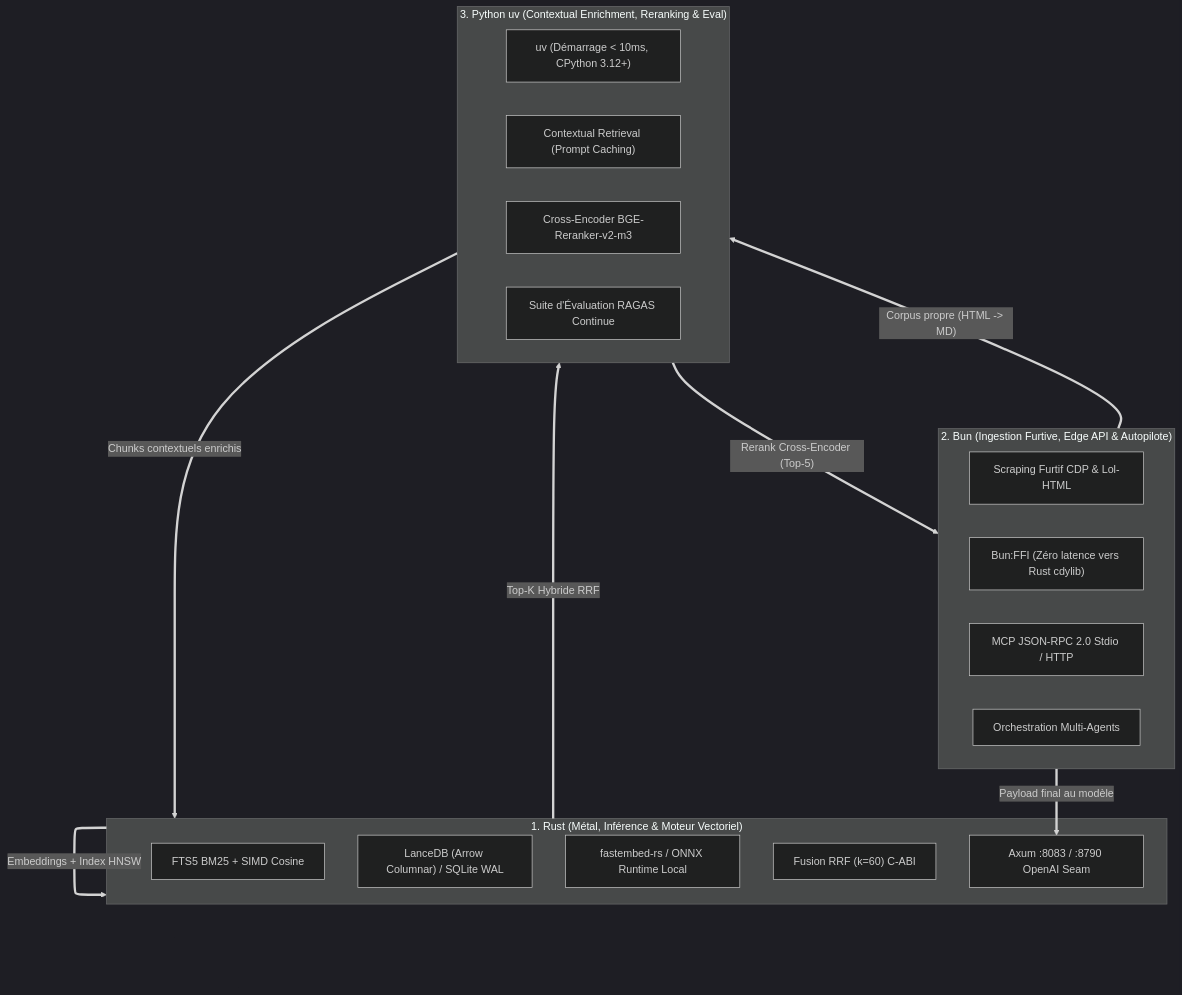
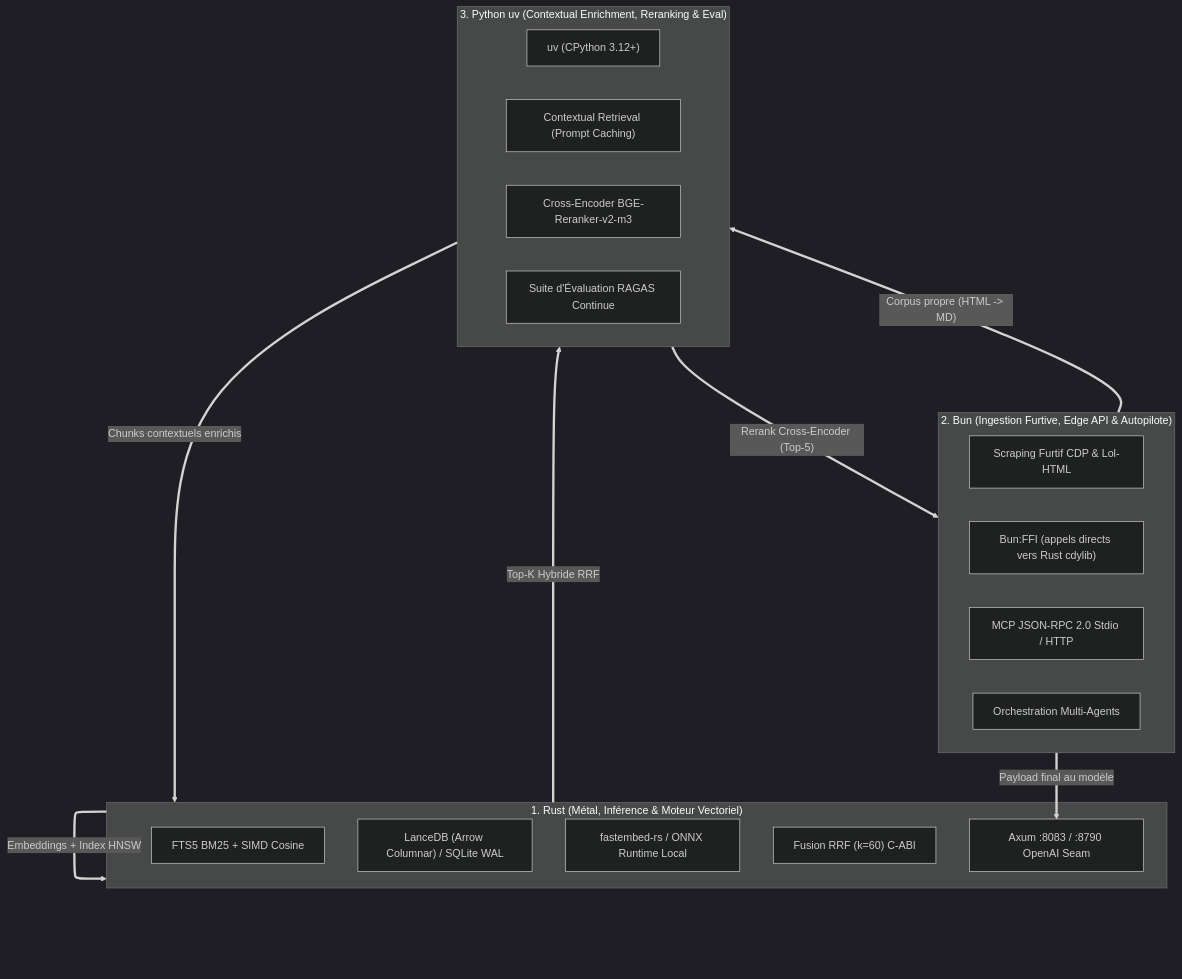
Before and after one commit to aphrody-labs/bun-distribution: the first of 2 diagrams in docs/reference/ai/RAG-STACK-2026-UNIFIED.md, drawn with Mermaid (dark theme). The commit also changed other lines of this file and 54 other files, not shown here.

````diff
--- a/docs/reference/ai/RAG-STACK-2026-UNIFIED.md
+++ b/docs/reference/ai/RAG-STACK-2026-UNIFIED.md
@@ -12,31 +12,31 @@
 ```mermaid
 flowchart TD
     subgraph RUST ["1. Rust (Métal, Inférence & Moteur Vectoriel)"]
         FTS["FTS5 BM25 + SIMD Cosine"]
         Lance["LanceDB (Arrow Columnar) / SQLite WAL"]
         FastEmbed["fastembed-rs / ONNX Runtime Local"]
         RRF["Fusion RRF (k=60) C-ABI"]
         AxumCore["Axum :8083 / :8790 OpenAI Seam"]
     end
 
     subgraph BUN ["2. Bun (Ingestion Furtive, Edge API & Autopilote)"]
         BxcScrape["Scraping Furtif CDP & Lol-HTML"]
-        BunFFI["Bun:FFI (Zéro latence vers Rust cdylib)"]
+        BunFFI["Bun:FFI (appels directs vers Rust cdylib)"]
         McpServer["MCP JSON-RPC 2.0 Stdio / HTTP"]
         YoloOrch["Orchestration Multi-Agents"]
     end
 
     subgraph PYTHON ["3. Python uv (Contextual Enrichment, Reranking & Eval)"]
-        UvFast["uv (Démarrage < 10ms, CPython 3.12+)"]
+        UvFast["uv (CPython 3.12+)"]
         ContextPrep["Contextual Retrieval (Prompt Caching)"]
         Reranker["Cross-Encoder BGE-Reranker-v2-m3"]
         RagasEval["Suite d'Évaluation RAGAS Continue"]
     end
 
     BUN ==>|"Corpus propre (HTML -> MD)"| PYTHON
     PYTHON ==>|"Chunks contextuels enrichis"| RUST
     RUST ==>|"Embeddings + Index HNSW"| RUST
     RUST ==>|"Top-K Hybride RRF"| PYTHON
     PYTHON ==>|"Rerank Cross-Encoder (Top-5)"| BUN
     BUN ==>|"Payload final au modèle"| AxumCore
 ```
````
